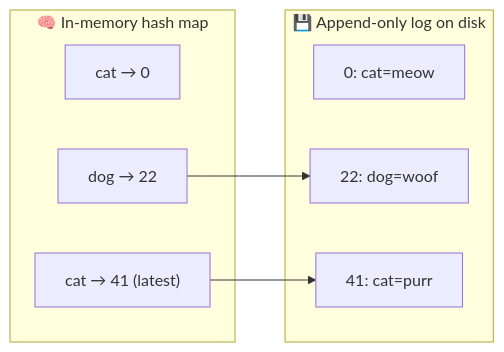
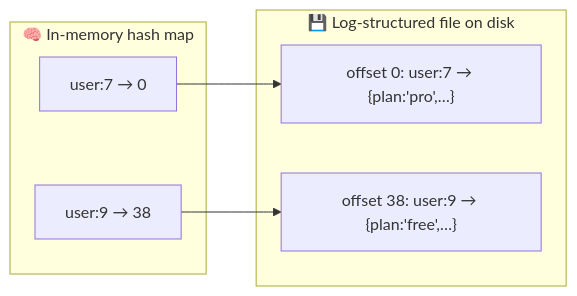
One commit to pratikguru998/ddia-book changed the first of 20 diagrams in docs/chapters/part-1/03-storage-retrieval.mdx. Above: the diagram before and after it, drawn with Mermaid. The commit also changed other lines of this file and 13 other files, not shown here.

Commit message:
Expand all 12 chapters: every book subsection, deeper notes, ~320 diagrams

````diff
--- a/docs/chapters/part-1/03-storage-retrieval.mdx
+++ b/docs/chapters/part-1/03-storage-retrieval.mdx
@@ -29,15 +65,13 @@
 ```mermaid
 flowchart LR
   subgraph MEM["🧠 In-memory hash map"]
-    K1["cat → 0"]
-    K2["dog → 22"]
-    K3["cat → 41 (latest)"]
+    K1["user:7 → 0"]
+    K2["user:9 → 38"]
   end
-  subgraph DISK["💾 Append-only log on disk"]
-    O0["0: cat=meow"]
-    O22["22: dog=woof"]
-    O41["41: cat=purr"]
+  subgraph DISK["💾 Log-structured file on disk"]
+    O0["offset 0: user:7 → {plan:'pro',…}"]
+    O64["offset 38: user:9 → {plan:'free',…}"]
   end
-  K2 --> O22
-  K3 --> O41
+  K1 --> O0
+  K2 --> O64
 ```
````
